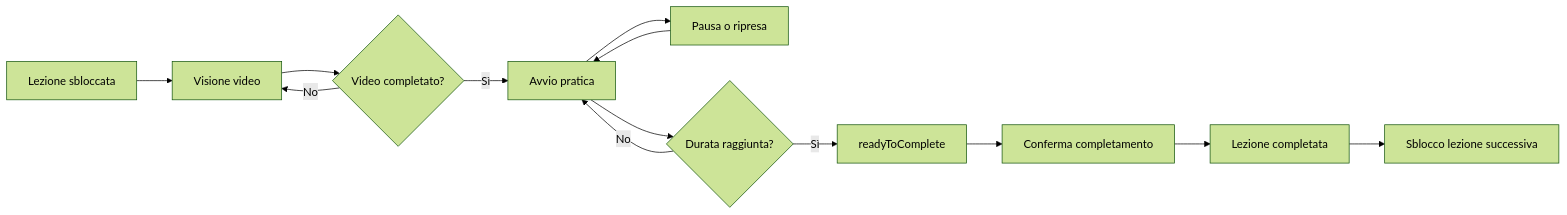
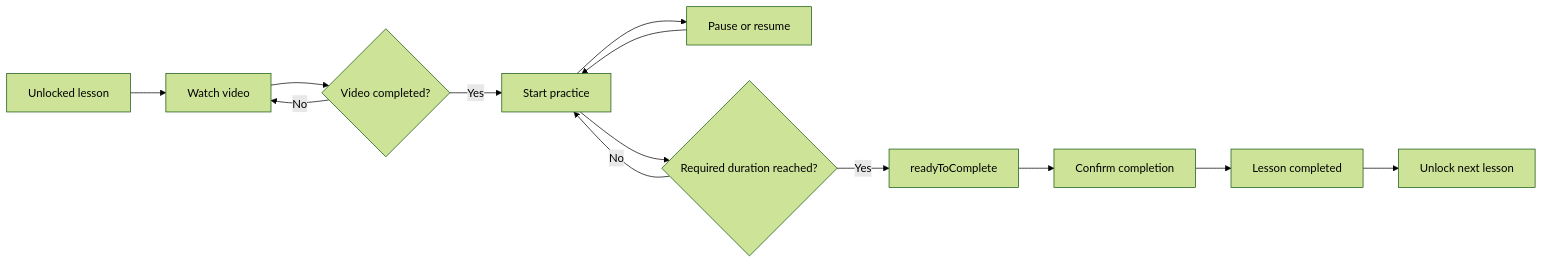
Before and after one commit to FabryPostRock/MeditActiveReact: the second of 2 diagrams in README.md, drawn with Mermaid (forest theme). The commit also changed other lines of this file, not shown here.

````diff
--- a/README.md
+++ b/README.md
@@ -370,15 +373,15 @@
 ```mermaid
 flowchart LR
-    A[Lezione sbloccata] --> B[Visione video]
-    B --> C{Video completato?}
+    A[Unlocked lesson] --> B[Watch video]
+    B --> C{Video completed?}
     C -- No --> B
-    C -- Sì --> D[Avvio pratica]
-    D --> E[Pausa o ripresa]
+    C -- Yes --> D[Start practice]
+    D --> E[Pause or resume]
     E --> D
-    D --> F{Durata raggiunta?}
+    D --> F{Required duration reached?}
     F -- No --> D
-    F -- Sì --> G[readyToComplete]
-    G --> H[Conferma completamento]
-    H --> I[Lezione completata]
-    I --> J[Sblocco lezione successiva]
+    F -- Yes --> G[readyToComplete]
+    G --> H[Confirm completion]
+    H --> I[Lesson completed]
+    I --> J[Unlock next lesson]
 ```
````
